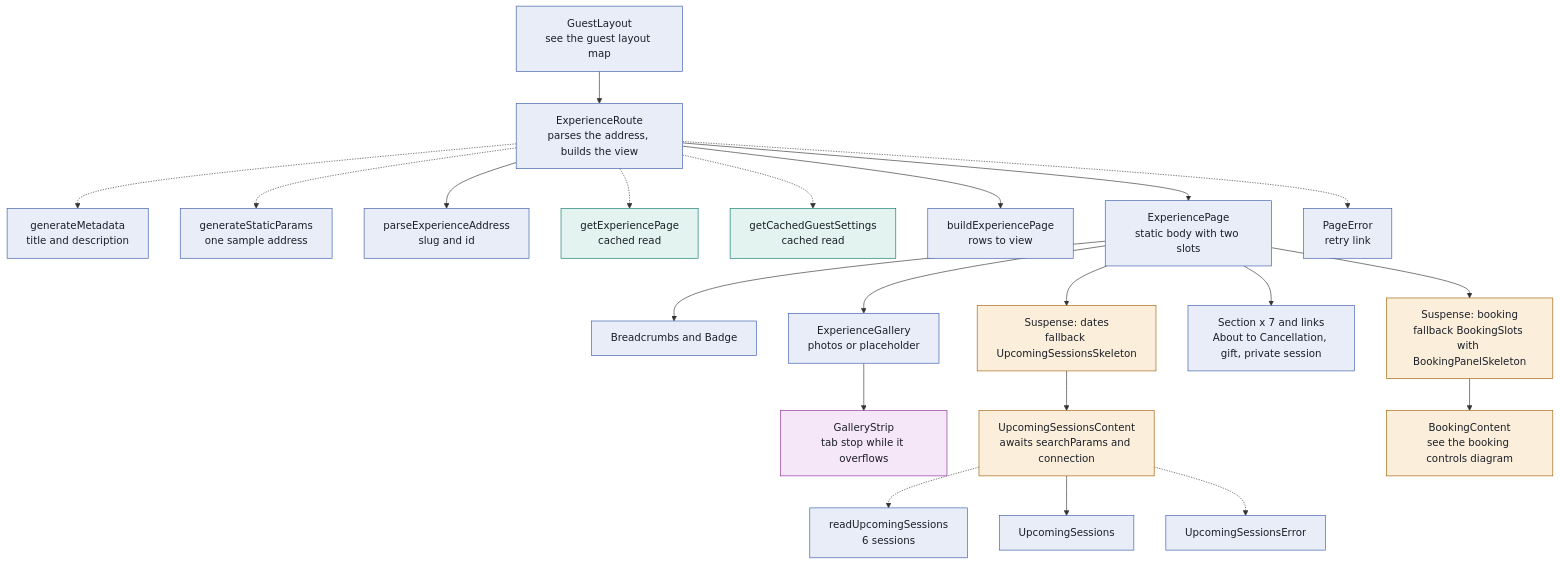
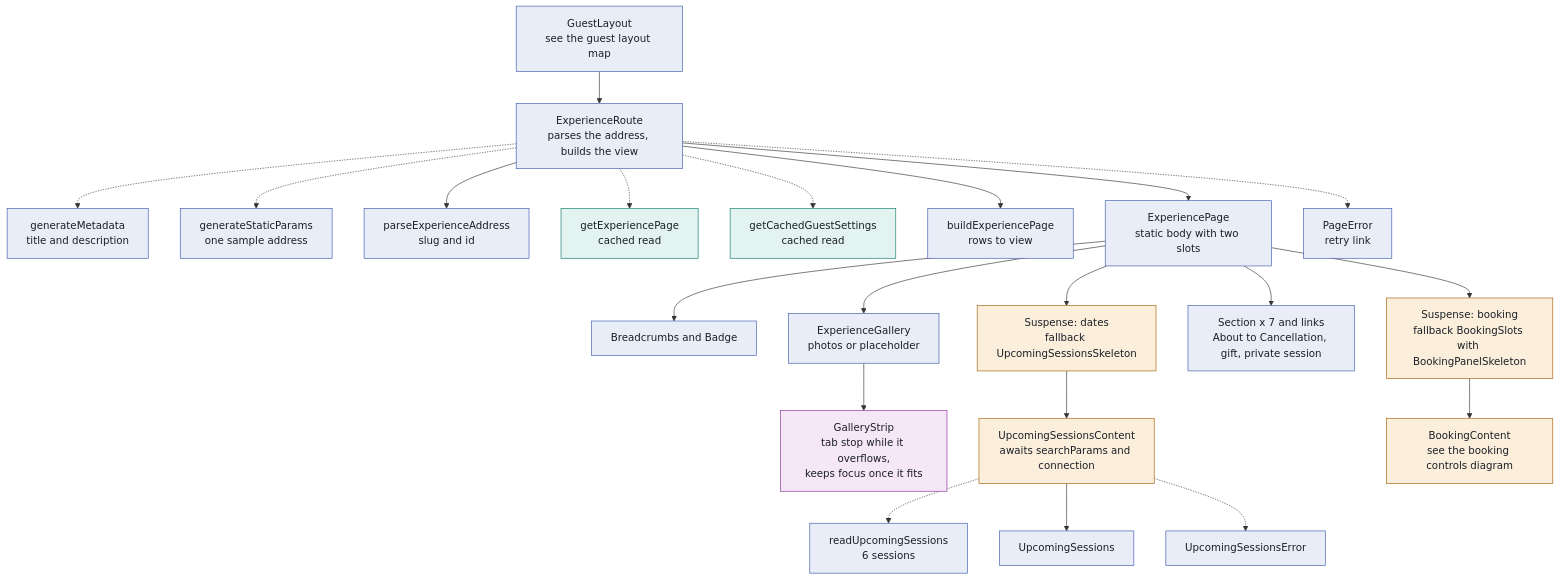
One commit to defaultdave/ramble changed the first of 2 diagrams in src/app/(guest)/experiences/[slugAndId]/README.md. Above: the diagram before and after it, drawn with Mermaid. The commit also changed other lines of this file and 10 other files, not shown here.

First line of the commit message:
U-039: gallery focus ring, tab stop, broken-image and card sizes, audit fixes (#891, #893, #991) (#1027)

````diff
--- a/src/app/(guest)/experiences/[slugAndId]/README.md
+++ b/src/app/(guest)/experiences/[slugAndId]/README.md
@@ -17,51 +17,51 @@
 ```mermaid
 flowchart TD
   classDef server fill:#e8edf8,stroke:#3b5bab,color:#1b1f27
   classDef cached fill:#e2f3f0,stroke:#0f7a6c,color:#1b1f27
   classDef streamed fill:#fbefdc,stroke:#a3610a,color:#1b1f27
   classDef client fill:#f5e6f8,stroke:#8a2f9c,color:#1b1f27
   classDef action fill:#fbe6e4,stroke:#b3261e,color:#1b1f27
 
   L["GuestLayout<br/>see the guest layout map"]:::server
   R["ExperienceRoute<br/>parses the address, builds the view"]:::server
   M["generateMetadata<br/>title and description"]:::server
   G["generateStaticParams<br/>one sample address"]:::server
   P["parseExperienceAddress<br/>slug and id"]:::server
   GEP["getExperiencePage<br/>cached read"]:::cached
   GCS["getCachedGuestSettings<br/>cached read"]:::cached
   B["buildExperiencePage<br/>rows to view"]:::server
   EP["ExperiencePage<br/>static body with two slots"]:::server
   BC["Breadcrumbs and Badge"]:::server
   GAL["ExperienceGallery<br/>photos or placeholder"]:::server
-  STRIP["GalleryStrip<br/>tab stop while it overflows"]:::client
+  STRIP["GalleryStrip<br/>tab stop while it overflows,<br/>keeps focus once it fits"]:::client
   SD["Suspense: dates<br/>fallback UpcomingSessionsSkeleton"]:::streamed
   USC["UpcomingSessionsContent<br/>awaits searchParams and connection"]:::streamed
   RUS1["readUpcomingSessions<br/>6 sessions"]:::server
   US["UpcomingSessions"]:::server
   USE["UpcomingSessionsError"]:::server
   SEC["Section x 7 and links<br/>About to Cancellation, gift, private session"]:::server
   SB["Suspense: booking<br/>fallback BookingSlots with BookingPanelSkeleton"]:::streamed
   BCN["BookingContent<br/>see the booking controls diagram"]:::streamed
   PE["PageError<br/>retry link"]:::server
 
   L --> R
   R --> P
   R -.-> M
   R -.-> G
   R -.-> GEP
   R -.-> GCS
   R --> B
   R --> EP
   R -.-> PE
   EP --> BC
   EP --> GAL
   GAL --> STRIP
   EP --> SD
   SD --> USC
   USC -.-> RUS1
   USC --> US
   USC -.-> USE
   EP --> SEC
   EP --> SB
   SB --> BCN
 ```
````
